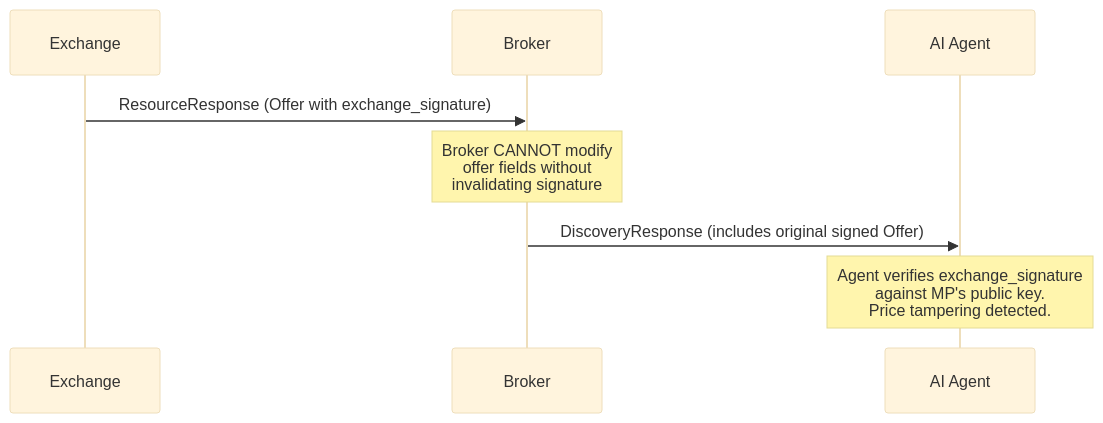
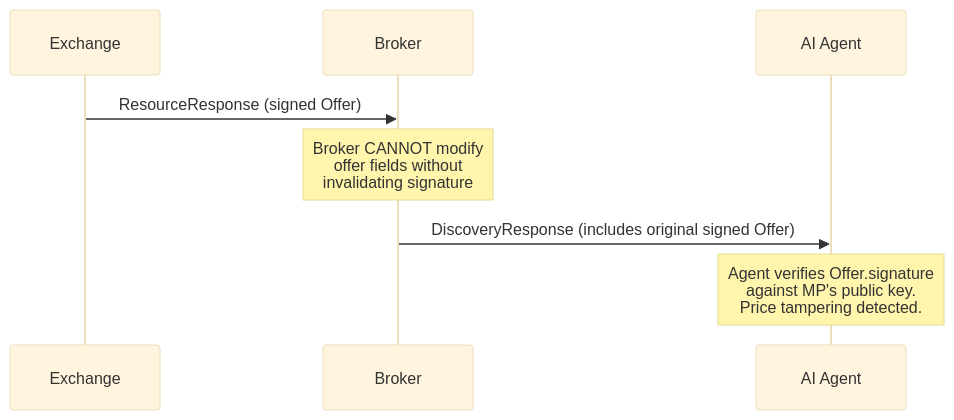
One commit to RAMP-Protocol/protocol changed the fourth of 4 diagrams in website/src/content/docs/components/broker/selection-engine.mdx. Above: the diagram before and after it, drawn with Mermaid (base theme). The commit also changed other lines of this file and 19 other files, not shown here.

````diff
--- a/website/src/content/docs/components/broker/selection-engine.mdx
+++ b/website/src/content/docs/components/broker/selection-engine.mdx
@@ -527,11 +527,11 @@
 ```mermaid
 sequenceDiagram
     participant MP as Exchange
     participant Orch as Broker
     participant Agent as AI Agent
 
-    MP->>Orch: ResourceResponse (Offer with exchange_signature)
+    MP->>Orch: ResourceResponse (signed Offer)
     Note over Orch: Broker CANNOT modify<br/>offer fields without<br/>invalidating signature
     Orch->>Agent: DiscoveryResponse (includes original signed Offer)
-    Note over Agent: Agent verifies exchange_signature<br/>against MP's public key.<br/>Price tampering detected.
+    Note over Agent: Agent verifies Offer.signature<br/>against MP's public key.<br/>Price tampering detected.
 ```
````
